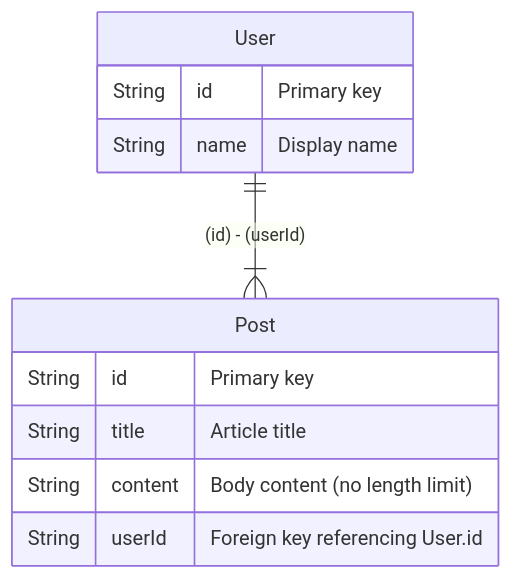
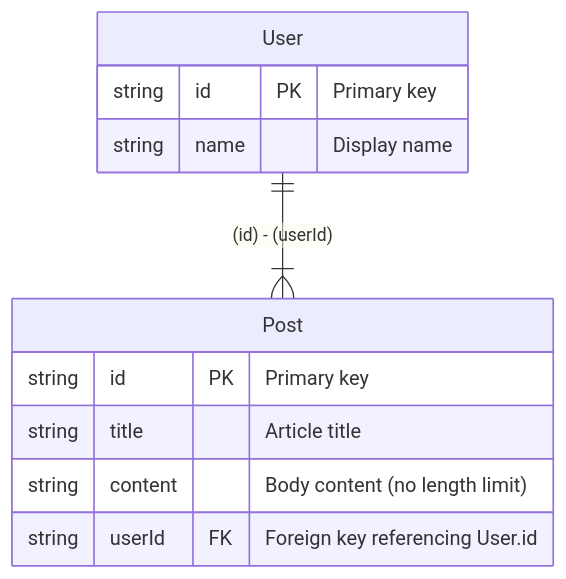
One commit to nakita628/hekireki changed the diagram in fixtures/example/mermaid-er/ER.md. Above: the diagram before and after it, drawn with Mermaid. The commit also changed 55 other files, not shown here.

````diff
--- a/fixtures/example/mermaid-er/ER.md
+++ b/fixtures/example/mermaid-er/ER.md
@@ -1,14 +1,14 @@
 ```mermaid
 erDiagram
     User ||--}| Post : "(id) - (userId)"
     User {
-        String id "Primary key"
-        String name "Display name"
+        string id PK "Primary key"
+        string name "Display name"
     }
     Post {
-        String id "Primary key"
-        String title "Article title"
-        String content "Body content (no length limit)"
-        String userId "Foreign key referencing User.id"
+        string id PK "Primary key"
+        string title "Article title"
+        string content "Body content (no length limit)"
+        string userId FK "Foreign key referencing User.id"
     }
 ```
````
